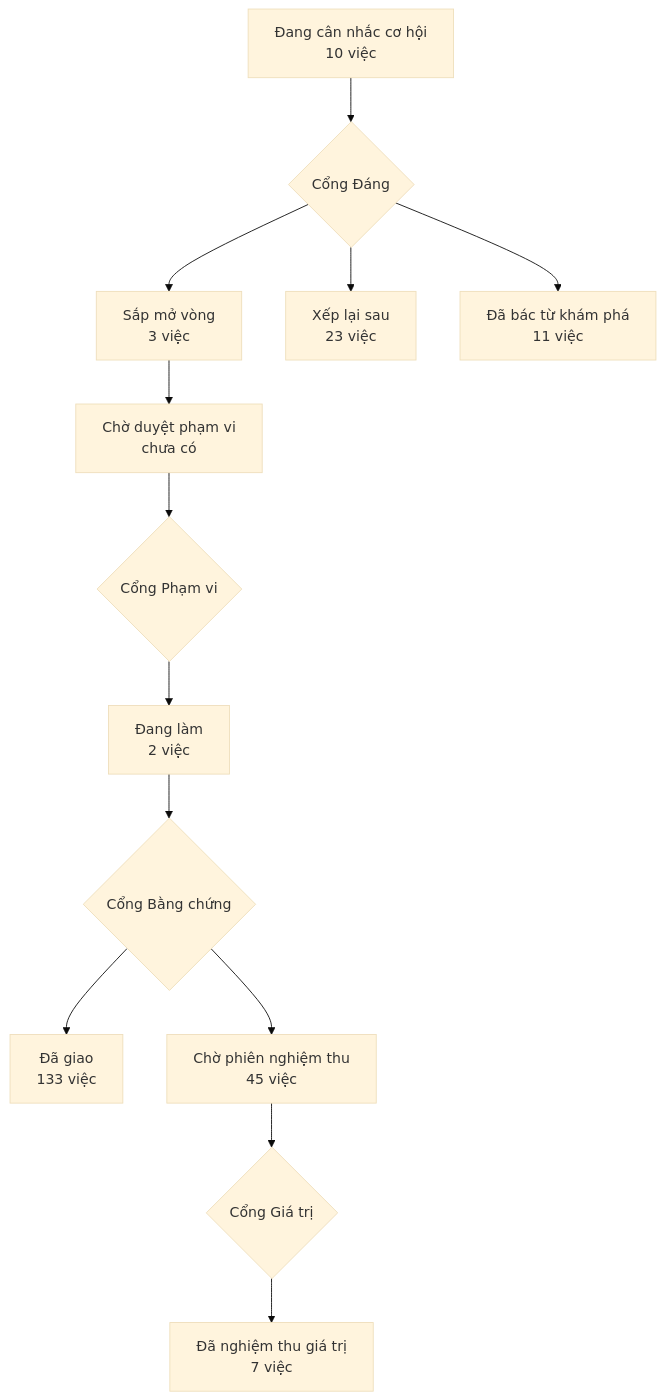
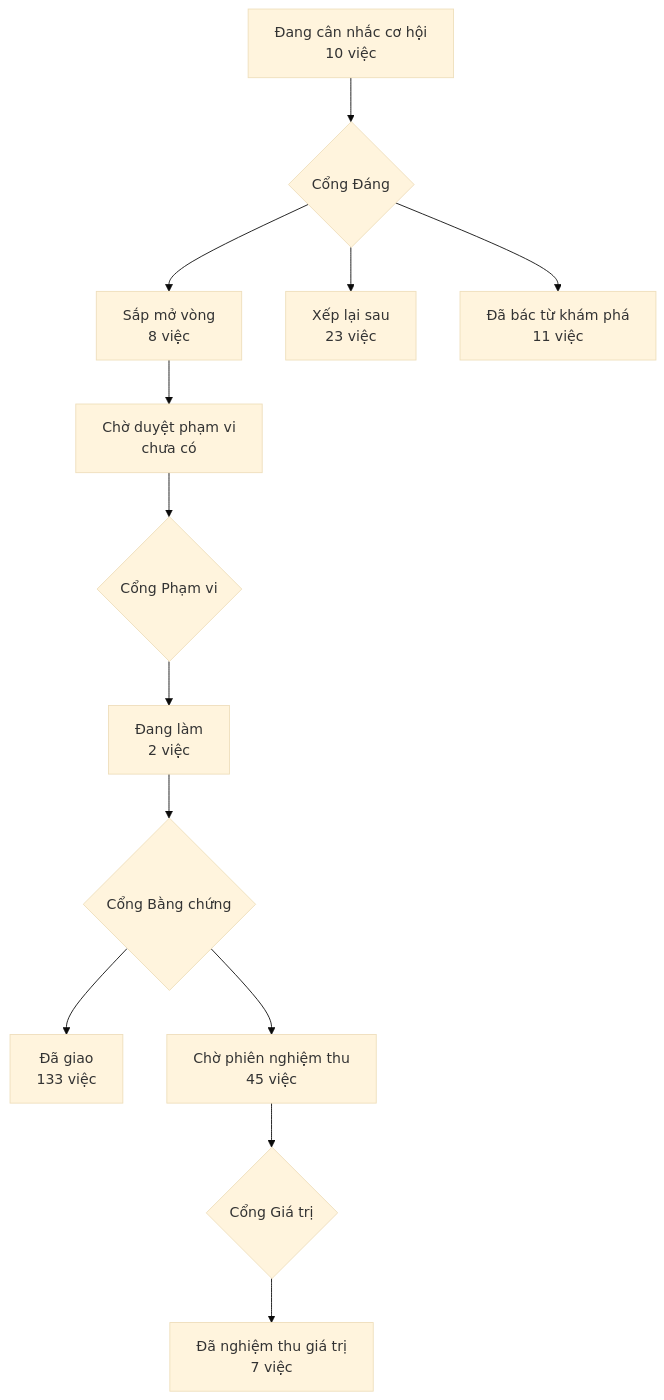
Before and after one commit to phanlemanh/acceptance-gate-kit: the diagram in PRODUCT-MAP.md, drawn with Mermaid (base theme). The commit also changed other lines of this file and 6 other files, not shown here.

````diff
--- a/PRODUCT-MAP.md
+++ b/PRODUCT-MAP.md
@@ -7,12 +7,12 @@
 ```mermaid
 flowchart TD
   A["Đang cân nhắc cơ hội<br/>10 việc"] --> GD{"Cổng Đáng"}
-  GD --> B["Sắp mở vòng<br/>3 việc"]
+  GD --> B["Sắp mở vòng<br/>8 việc"]
   GD --> XL["Xếp lại sau<br/>23 việc"]
   GD --> DB["Đã bác từ khám phá<br/>11 việc"]
   B --> CD["Chờ duyệt phạm vi<br/>chưa có"] --> GP{"Cổng Phạm vi"}
   GP --> DL["Đang làm<br/>2 việc"] --> GB{"Cổng Bằng chứng"}
   GB --> DG["Đã giao<br/>133 việc"]
   GB --> CN["Chờ phiên nghiệm thu<br/>45 việc"] --> GG{"Cổng Giá trị"}
   GG --> NT["Đã nghiệm thu giá trị<br/>7 việc"]
 ```
````
